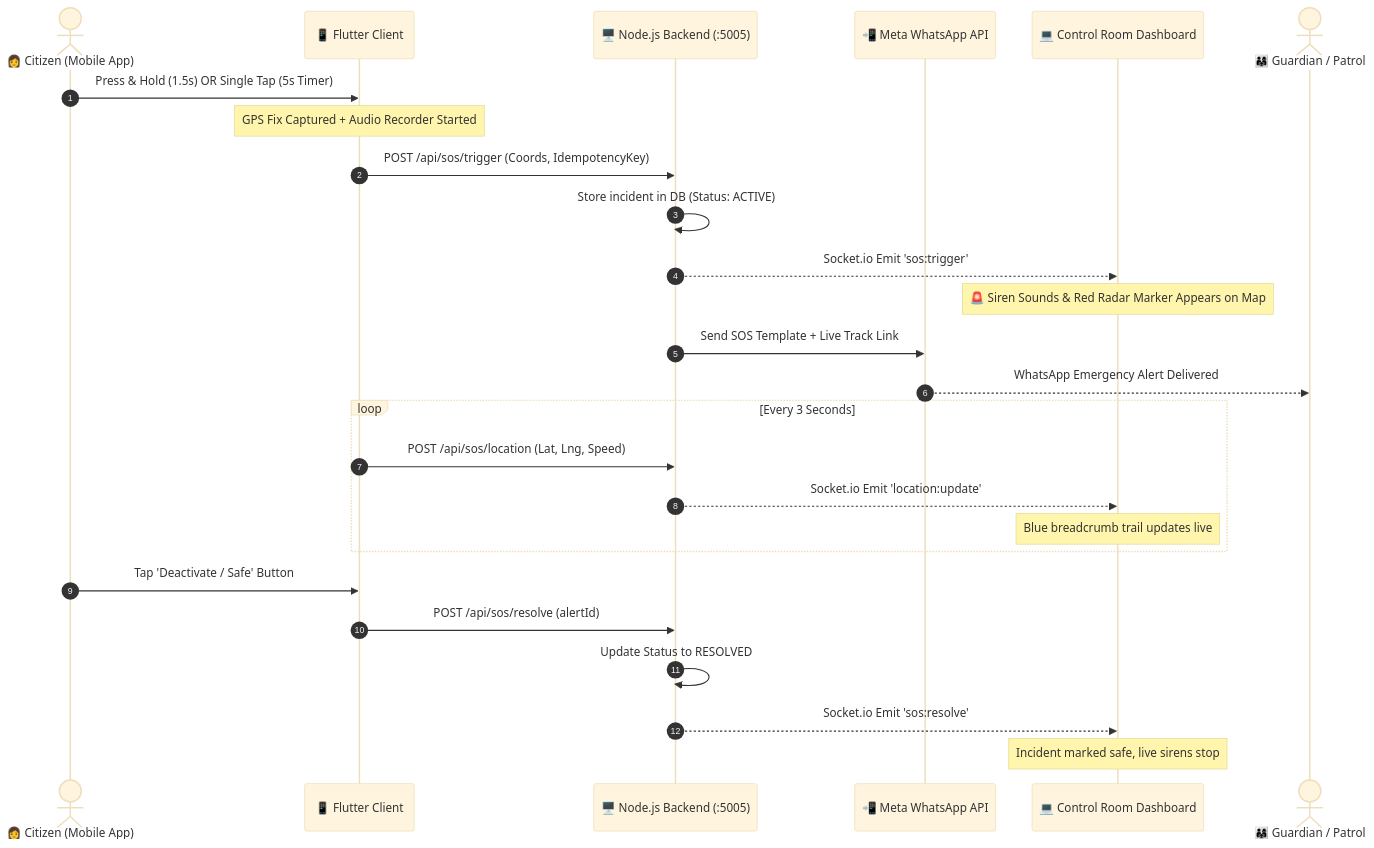
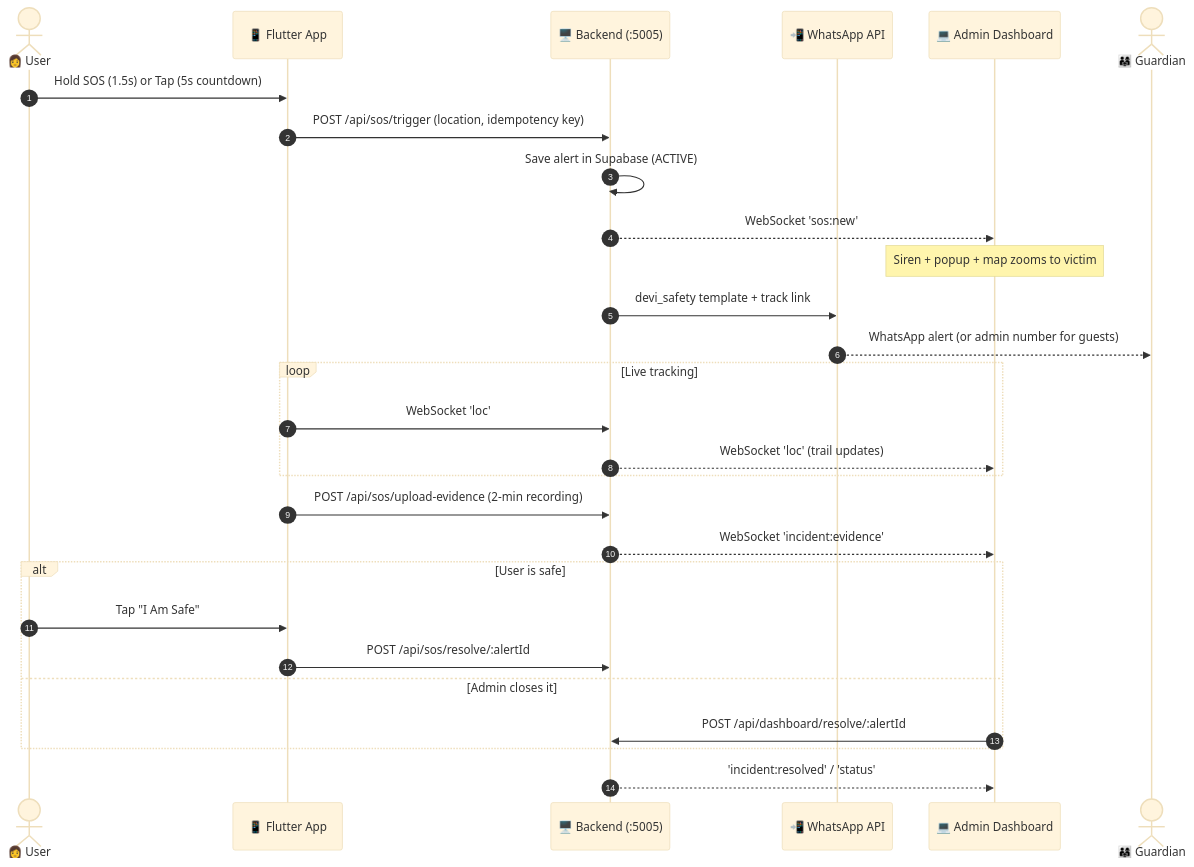
One commit to macvelsoftwaresolution/DEVI_APP changed the second of 2 diagrams in DEVI_SYSTEM_ARCHITECTURE.md. Above: the diagram before and after it, drawn with Mermaid (base theme). The commit also changed other lines of this file and 66 other files, not shown here.

````diff
--- a/DEVI_SYSTEM_ARCHITECTURE.md
+++ b/DEVI_SYSTEM_ARCHITECTURE.md
@@ -303,31 +276,34 @@
 ```mermaid
 sequenceDiagram
     autonumber
-    actor Victim as 👩 Citizen (Mobile App)
-    participant Flutter as 📱 Flutter Client
-    participant Backend as 🖥️ Node.js Backend (:5005)
-    participant WhatsApp as 📲 Meta WhatsApp API
-    participant Police as 💻 Control Room Dashboard
-    actor Guardian as 👨‍👩‍👧 Guardian / Patrol
+    actor User as 👩 User
+    participant App as 📱 Flutter App
+    participant API as 🖥️ Backend (:5005)
+    participant WA as 📲 WhatsApp API
+    participant Admin as 💻 Admin Dashboard
+    actor Guardian as 👨‍👩‍👧 Guardian
 
-    Victim->>Flutter: Press & Hold (1.5s) OR Single Tap (5s Timer)
-    Note over Flutter: GPS Fix Captured + Audio Recorder Started
-    Flutter->>Backend: POST /api/sos/trigger (Coords, IdempotencyKey)
-    Backend->>Backend: Store incident in DB (Status: ACTIVE)
-    Backend-->>Police: Socket.io Emit 'sos:trigger'
-    Note over Police: 🚨 Siren Sounds & Red Radar Marker Appears on Map
-    Backend->>WhatsApp: Send SOS Template + Live Track Link
-    WhatsApp-->>Guardian: WhatsApp Emergency Alert Delivered
-    
-    loop Every 3 Seconds
-        Flutter->>Backend: POST /api/sos/location (Lat, Lng, Speed)
-        Backend-->>Police: Socket.io Emit 'location:update'
-        Note over Police: Blue breadcrumb trail updates live
+    User->>App: Hold SOS (1.5s) or Tap (5s countdown)
+    App->>API: POST /api/sos/trigger (location, idempotency key)
+    API->>API: Save alert in Supabase (ACTIVE)
+    API-->>Admin: WebSocket 'sos:new'
+    Note over Admin: Siren + popup + map zooms to victim
+    API->>WA: devi_safety template + track link
+    WA-->>Guardian: WhatsApp alert (or admin number for guests)
+
+    loop Live tracking
+        App->>API: WebSocket 'loc'
+        API-->>Admin: WebSocket 'loc' (trail updates)
     end
 
-    Victim->>Flutter: Tap 'Deactivate / Safe' Button
-    Flutter->>Backend: POST /api/sos/resolve (alertId)
-    Backend->>Backend: Update Status to RESOLVED
-    Backend-->>Police: Socket.io Emit 'sos:resolve'
-    Note over Police: Incident marked safe, live sirens stop
+    App->>API: POST /api/sos/upload-evidence (2-min recording)
+    API-->>Admin: WebSocket 'incident:evidence'
+
+    alt User is safe
+        User->>App: Tap "I Am Safe"
+        App->>API: POST /api/sos/resolve/:alertId
+    else Admin closes it
+        Admin->>API: POST /api/dashboard/resolve/:alertId
+    end
+    API-->>Admin: 'incident:resolved' / 'status'
 ```
````
